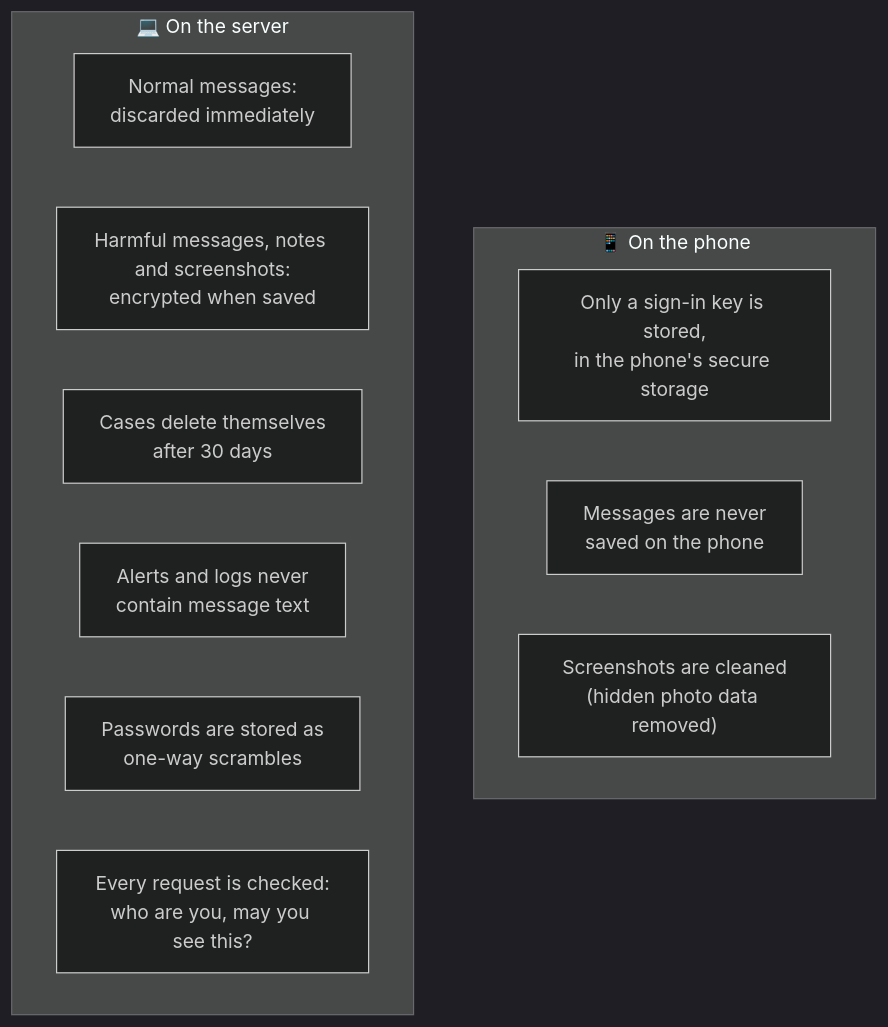
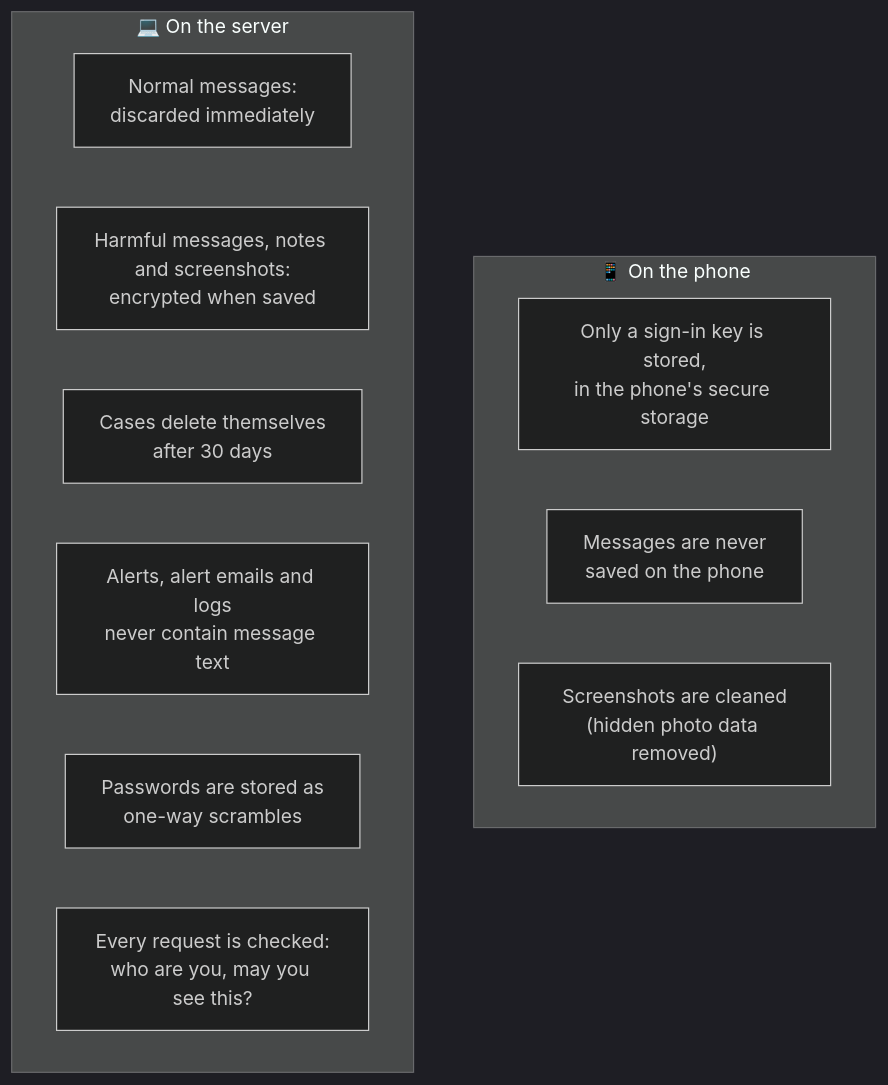
Diagram 12 of 13 in CLIENT_GUIDE.md (abdullah956/a-mbl), drawn with Mermaid (dark theme) before and after one commit. The commit also changed other lines of this file and 12 other files, not shown here.

````diff
--- a/CLIENT_GUIDE.md
+++ b/CLIENT_GUIDE.md
@@ -644,16 +674,16 @@
 ```mermaid
 flowchart TB
     subgraph Phone["📱 On the phone"]
         P1["Only a sign-in key is stored,<br/>in the phone's secure storage"]
         P2["Messages are never<br/>saved on the phone"]
         P3["Screenshots are cleaned<br/>(hidden photo data removed)"]
     end
     subgraph Server["💻 On the server"]
         S1["Normal messages:<br/>discarded immediately"]
         S2["Harmful messages, notes and screenshots:<br/>encrypted when saved"]
         S3["Cases delete themselves<br/>after 30 days"]
-        S4["Alerts and logs never<br/>contain message text"]
+        S4["Alerts, alert emails and logs<br/>never contain message text"]
         S5["Passwords are stored as<br/>one-way scrambles"]
         S6["Every request is checked:<br/>who are you, may you see this?"]
     end
 ```
````
